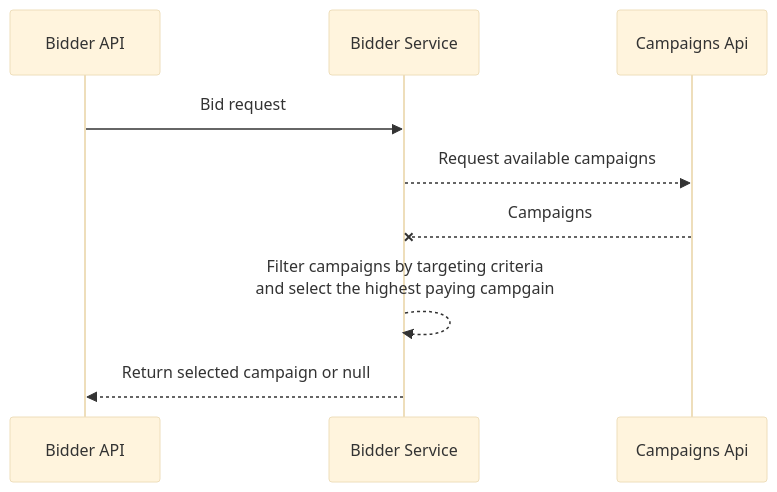
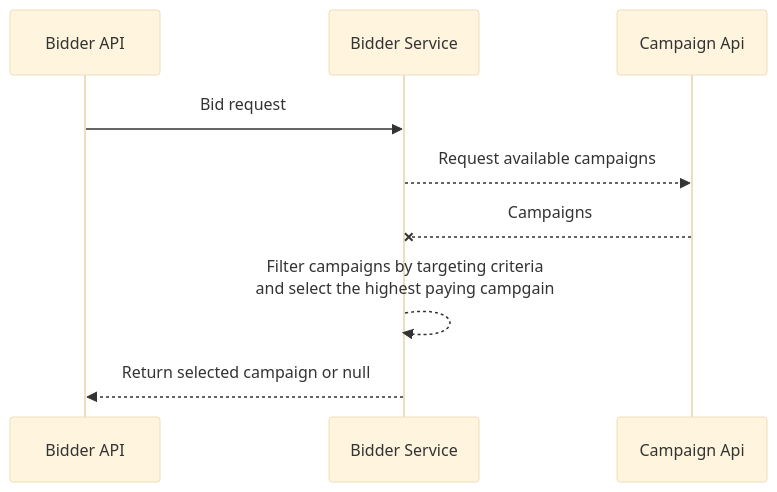
The second of 2 diagrams in README.md (Vaggelis-Giannakosian/Project-Agora), drawn with Mermaid (base theme) before and after one commit. The commit also changed other lines of this file, not shown here.

````diff
--- a/README.md
+++ b/README.md
@@ -139,8 +157,8 @@
 ```mermaid
 sequenceDiagram
 Bidder API ->> Bidder Service: Bid request
-Bidder Service-->>Campaigns Api: Request available campaigns
-Campaigns Api--x Bidder Service: Campaigns
+Bidder Service-->>Campaign Api: Request available campaigns
+Campaign Api--x Bidder Service: Campaigns
 Bidder Service-->>Bidder Service: Filter campaigns by targeting criteria <br> and select the highest paying campgain
 Bidder Service-->>Bidder API: Return selected campaign or null
 ```
````
